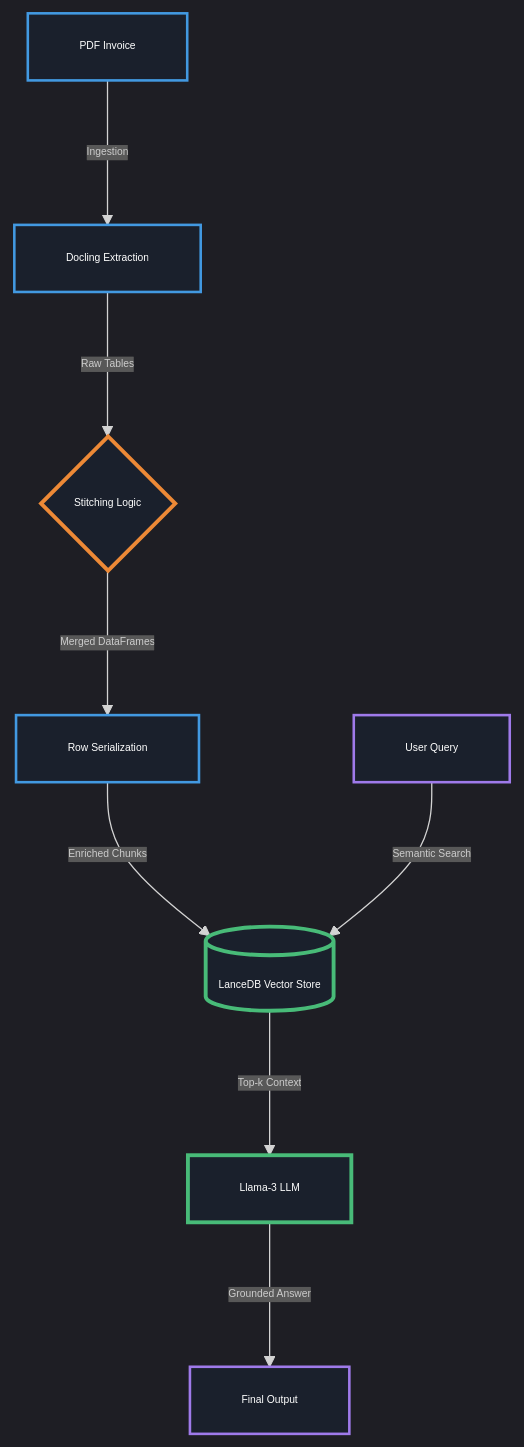
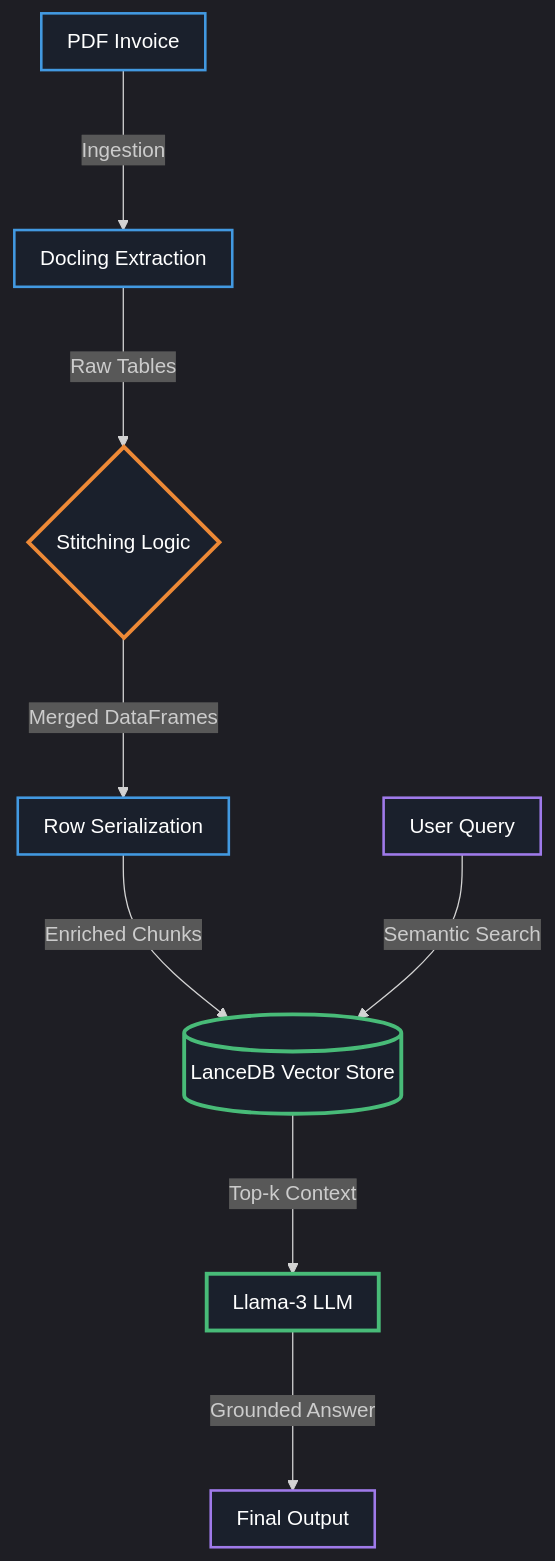
One commit to Yassin522/Intelligent-Invoice-Line-Items-Extraction-Retrieval-System changed the diagram in design/architecture.md. Above: the diagram before and after it, drawn with Mermaid.

````diff
--- a/design/architecture.md
+++ b/design/architecture.md
@@ -6,22 +6,22 @@
 ```mermaid
-%%{init: {'theme':'dark', 'themeVariables': {'fontSize':'8px'}, 'flowchart':{'nodeSpacing': 120, 'rankSpacing': 100, 'padding': 20}}}%%
+%%{init: {'theme':'dark', 'themeVariables': {'fontSize':'16px'}, 'flowchart':{'nodeSpacing': 120, 'rankSpacing': 100, 'padding': 10}}}%%
 graph TD
     A[PDF Invoice] -->|Ingestion| B[Docling Extraction]
     B -->|Raw Tables| C{Stitching Logic}
     C -->|Merged DataFrames| D[Row Serialization]
     D -->|Enriched Chunks| E[(LanceDB Vector Store)]
     F[User Query] -->|Semantic Search| E
     E -->|Top-k Context| G[Llama-3 LLM]
     G -->|Grounded Answer| H[Final Output]
     
     style A fill:#1a202c,stroke:#4299e1,stroke-width:2px,color:#fff
     style B fill:#1a202c,stroke:#4299e1,stroke-width:2px,color:#fff
     style C fill:#1a202c,stroke:#ed8936,stroke-width:3px,color:#fff
     style D fill:#1a202c,stroke:#4299e1,stroke-width:2px,color:#fff
     style E fill:#1a202c,stroke:#48bb78,stroke-width:3px,color:#fff
     style F fill:#1a202c,stroke:#9f7aea,stroke-width:2px,color:#fff
     style G fill:#1a202c,stroke:#48bb78,stroke-width:3px,color:#fff
     style H fill:#1a202c,stroke:#9f7aea,stroke-width:2px,color:#fff
     
     classDef default fill:#1a202c,stroke:#4a5568,stroke-width:2px,color:#fff
 ```
````
